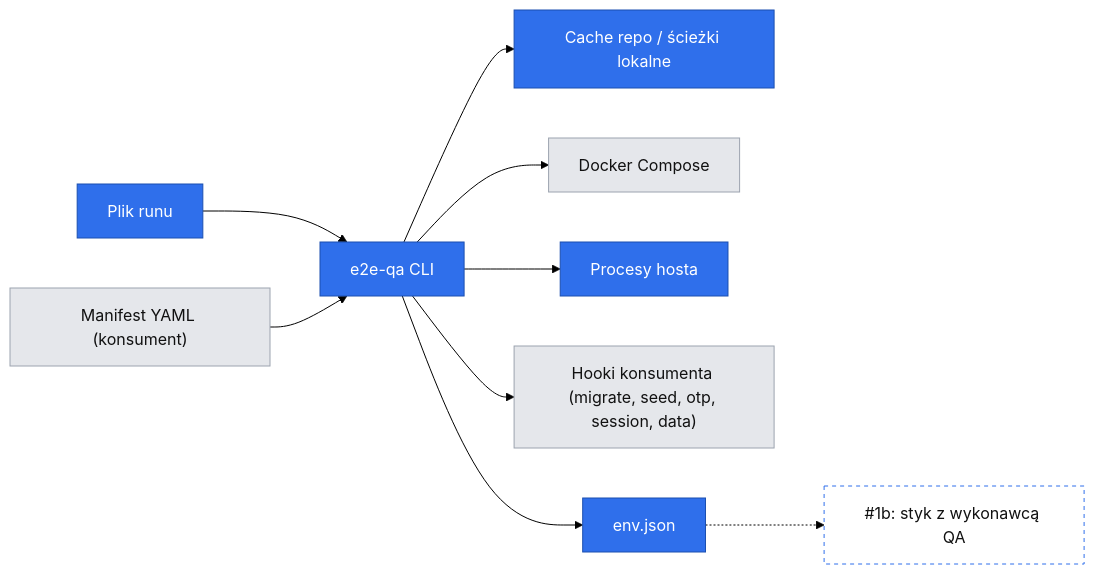
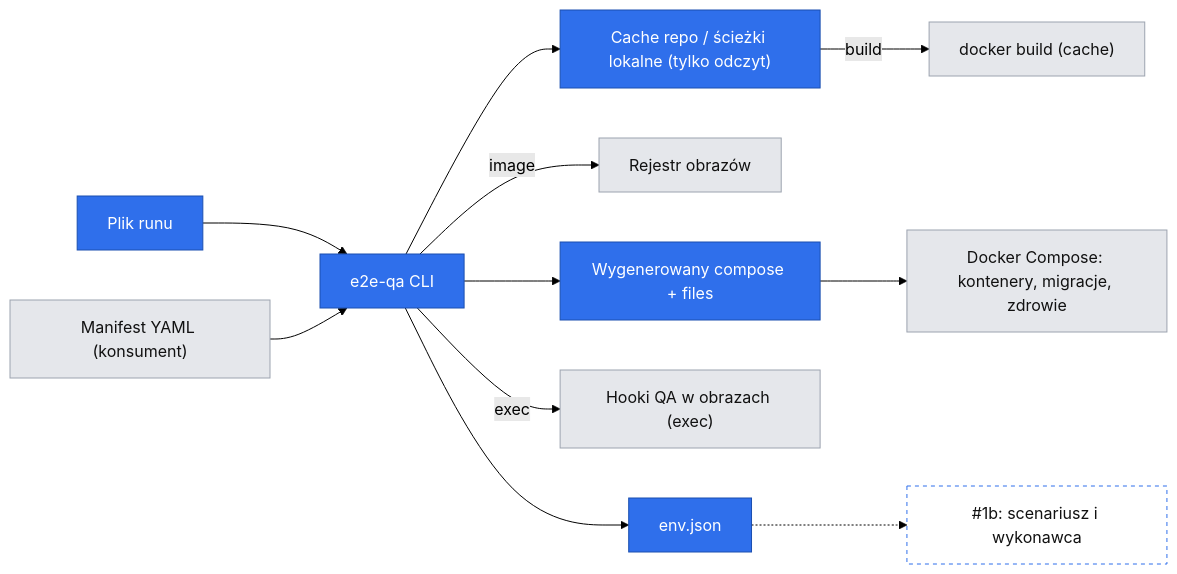
Before and after one commit to whisper-sport/e2e-qa-runner: the first of 2 diagrams in docs/specs/2026-10-08-manifest-srodowiska-multi-repo.md, drawn with Mermaid (forest theme). The commit also changed other lines of this file and 1 other file, not shown here.

````diff
--- a/docs/specs/2026-10-08-manifest-srodowiska-multi-repo.md
+++ b/docs/specs/2026-10-08-manifest-srodowiska-multi-repo.md
@@ -87,25 +111,29 @@
 ```mermaid
 flowchart LR
     classDef newC fill:#2f6feb,color:#fff,stroke:#1b4fb0
     classDef extC fill:#e5e7eb,color:#111,stroke:#9ca3af
     classDef planC fill:#fff,color:#111,stroke:#2f6feb,stroke-dasharray:4
 
     n1["Plik runu"]:::newC
     n2["Manifest YAML (konsument)"]:::extC
     n3["e2e-qa CLI"]:::newC
-    n4["Cache repo / ścieżki lokalne"]:::newC
-    n5["Docker Compose"]:::extC
-    n6["Procesy hosta"]:::newC
-    n7["Hooki konsumenta (migrate, seed, otp, session, data)"]:::extC
-    n8["env.json"]:::newC
-    n9["#1b: styk z wykonawcą QA"]:::planC
+    n4["Cache repo / ścieżki lokalne (tylko odczyt)"]:::newC
+    n5["Rejestr obrazów"]:::extC
+    n6["docker build (cache)"]:::extC
+    n7["Wygenerowany compose + files"]:::newC
+    n8["Docker Compose: kontenery, migracje, zdrowie"]:::extC
+    n9["Hooki QA w obrazach (exec)"]:::extC
+    n10["env.json"]:::newC
+    n11["#1b: scenariusz i wykonawca"]:::planC
 
     n1 --> n3
     n2 --> n3
     n3 --> n4
-    n3 --> n5
-    n3 --> n6
+    n3 -->|"image"| n5
+    n4 -->|"build"| n6
     n3 --> n7
-    n3 --> n8
-    n8 -.-> n9
+    n7 --> n8
+    n3 -->|"exec"| n9
+    n3 --> n10
+    n10 -.-> n11
 ```
````
